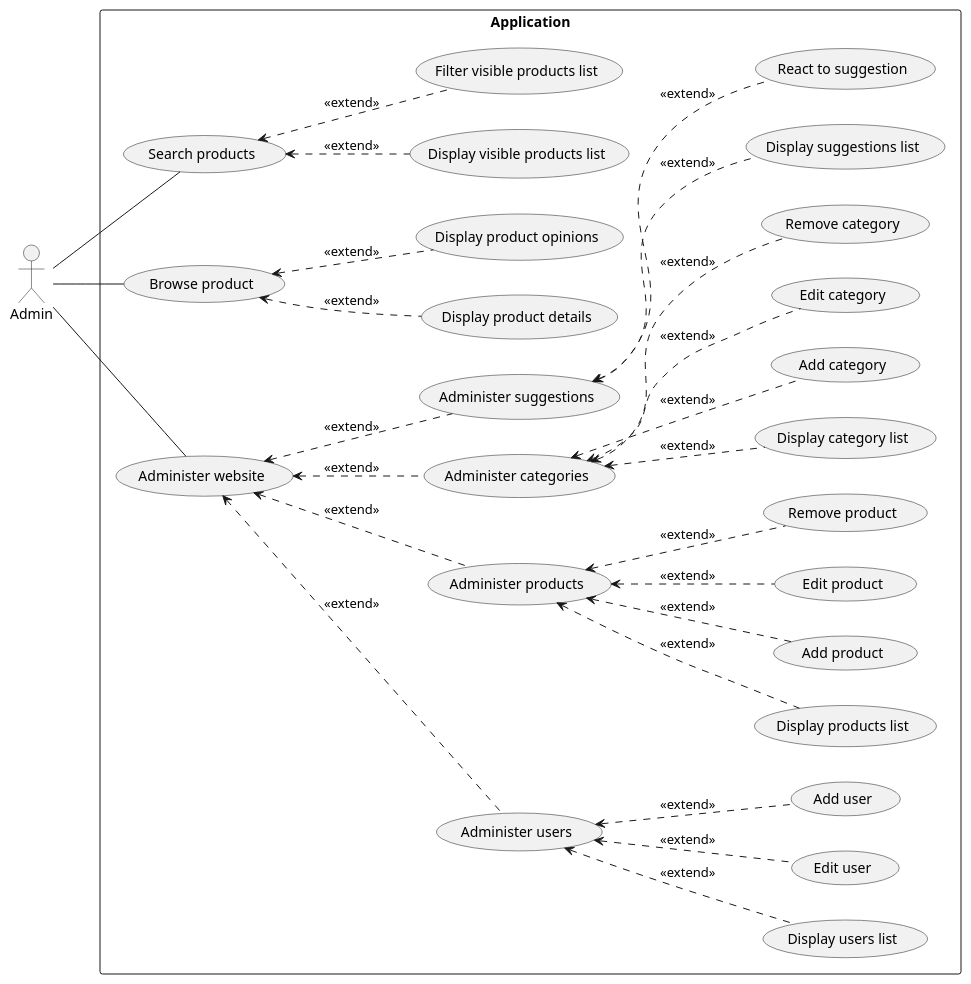
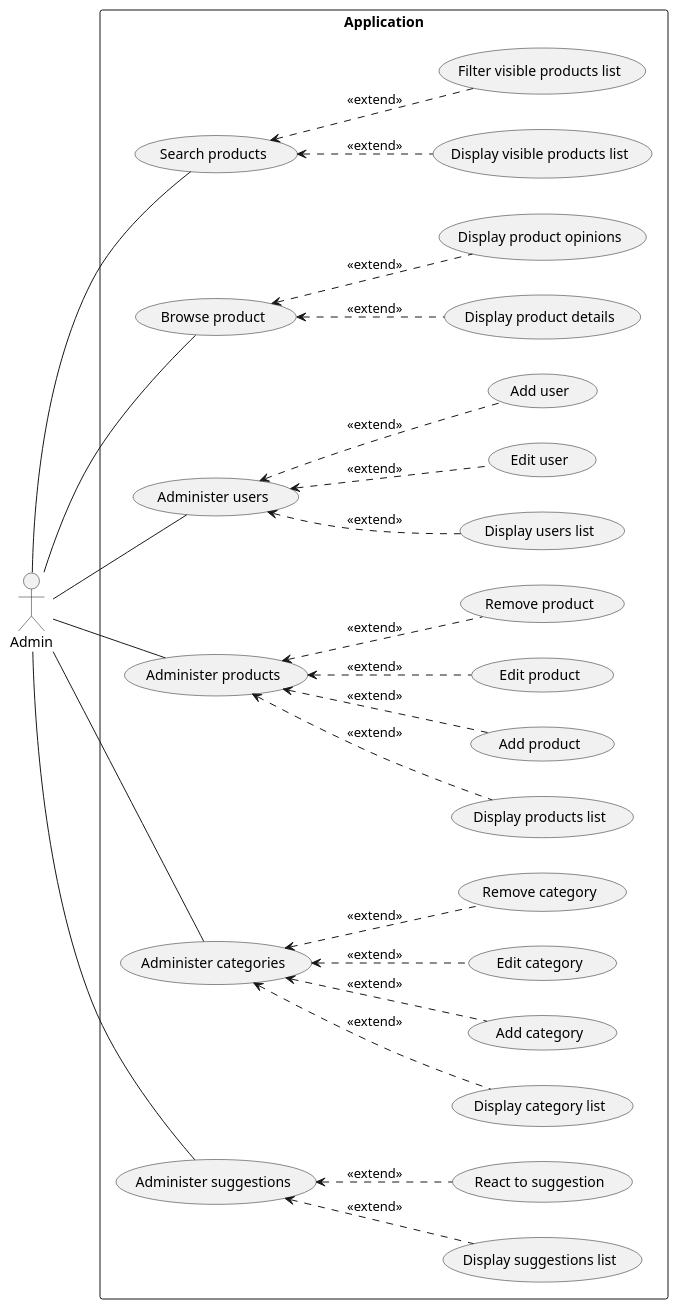
One commit to RadekBucki/OpinionCollectorArchitecture changed the fifth of 5 diagrams in README.md. Above: the diagram before and after it, drawn with PlantUML.

Commit message:
Remove `Administer website`

````diff
--- a/README.md
+++ b/README.md
@@ -127,43 +127,41 @@
 ```plantuml
 @startuml
 
 left to right direction
 
 actor Admin AS admin
 
 rectangle Application {
     admin -- (Search products)
     admin -- (Browse product)
-    admin -- (Administer website)
+    admin --  (Administer users)
+    admin --  (Administer products)
+    admin --  (Administer categories)
+    admin --  (Administer suggestions)
     
     (Search products) <.. (Display visible products list): <<extend>>
     (Search products) <.. (Filter visible products list): <<extend>>
     
     (Browse product) <.. (Display product details): <<extend>>
     (Browse product) <.. (Display product opinions): <<extend>>
-    
-    (Administer website) <.. (Administer users): <<extend>>
-    (Administer website) <.. (Administer products): <<extend>>
-    (Administer website) <.. (Administer categories): <<extend>>
-    (Administer website) <.. (Administer suggestions): <<extend>>
     
     (Administer users) <.. (Display users list): <<extend>>
     (Administer users) <.. (Edit user): <<extend>>
     (Administer users) <.. (Add user): <<extend>>
     
     (Administer products) <.. (Display products list): <<extend>>
     (Administer products) <.. (Add product): <<extend>>
     (Administer products) <.. (Edit product): <<extend>>
     (Administer products) <.. (Remove product): <<extend>>
     
     (Administer categories) <.. (Display category list): <<extend>>
     (Administer categories) <.. (Add category): <<extend>>
     (Administer categories) <.. (Edit category): <<extend>>
     (Administer categories) <.. (Remove category): <<extend>>
     
     (Administer suggestions) <.. (Display suggestions list): <<extend>>
     (Administer suggestions) <.. (React to suggestion): <<extend>>
 }
 
 @enduml
 ```
````
